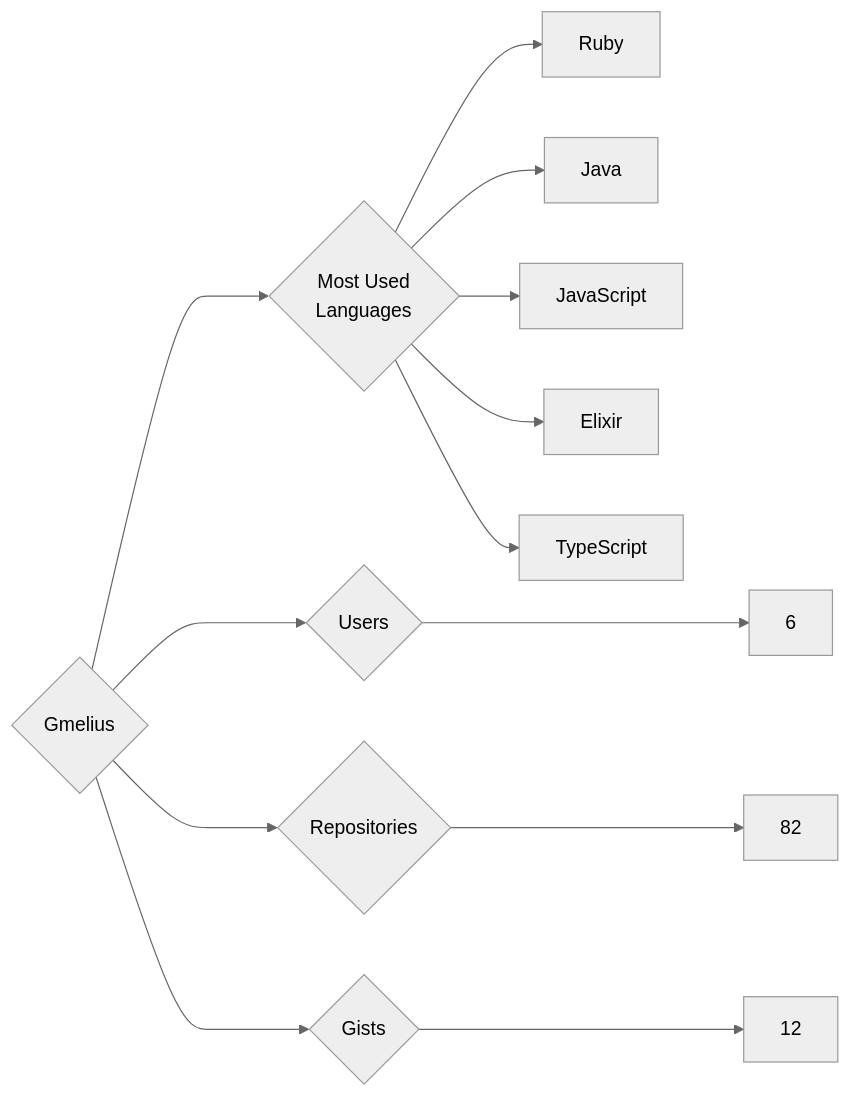
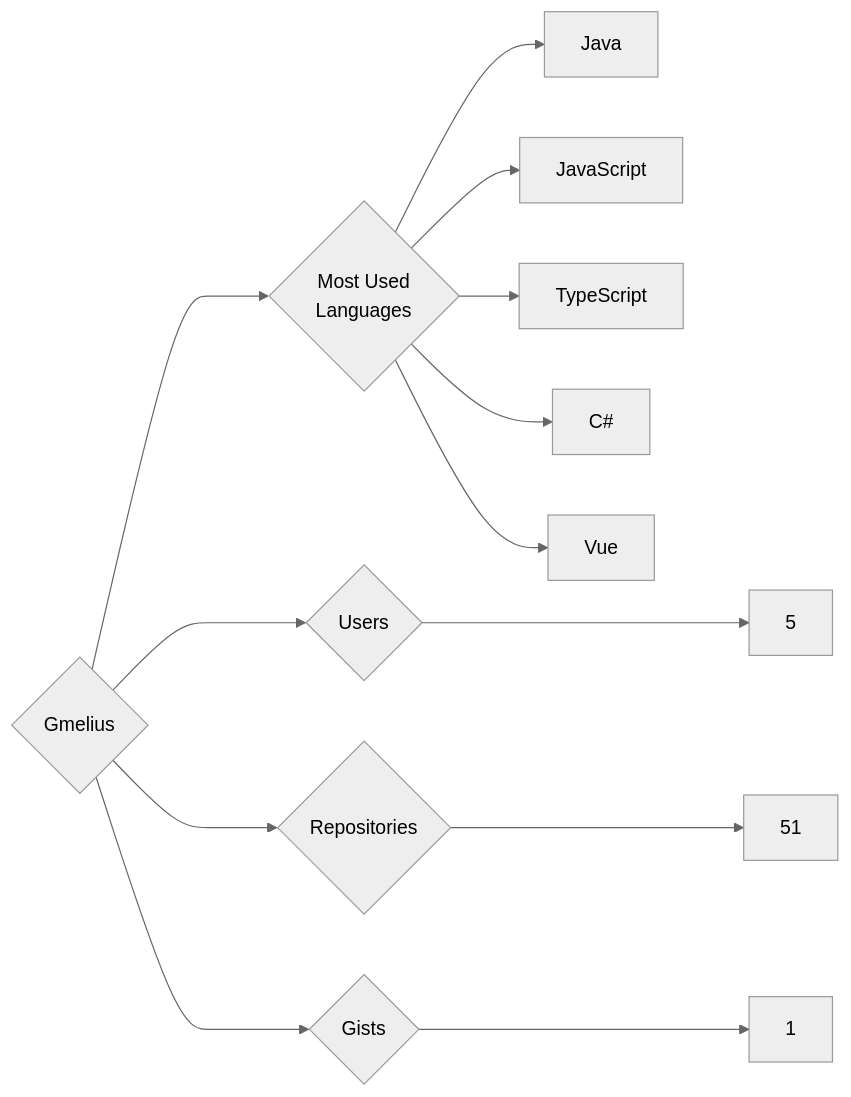
Before and after one commit to trickest/insiders: the diagram in targets/Gmelius/README.md, drawn with Mermaid (neutral theme). The commit also changed 900 other files, not shown here.

````diff
--- a/targets/Gmelius/README.md
+++ b/targets/Gmelius/README.md
@@ -3,13 +3,13 @@
 ```mermaid
 graph LR
 COMPANY_NAME{Gmelius}
-COMPANY_NAME ---> U{Users} ---> UN[6]
-COMPANY_NAME ---> R{Repositories} ---> RN[82]
-COMPANY_NAME ---> G{Gists} ---> GN[12]
+COMPANY_NAME ---> U{Users} ---> UN[5]
+COMPANY_NAME ---> R{Repositories} ---> RN[51]
+COMPANY_NAME ---> G{Gists} ---> GN[1]
 COMPANY_NAME ---> ML{Most Used<br>Languages}
-ML --> Ruby[Ruby]
 ML --> Java[Java]
 ML --> JavaScript[JavaScript]
-ML --> Elixir[Elixir]
 ML --> TypeScript[TypeScript]
+ML --> C#[C#]
+ML --> Vue[Vue]
 ```
````
